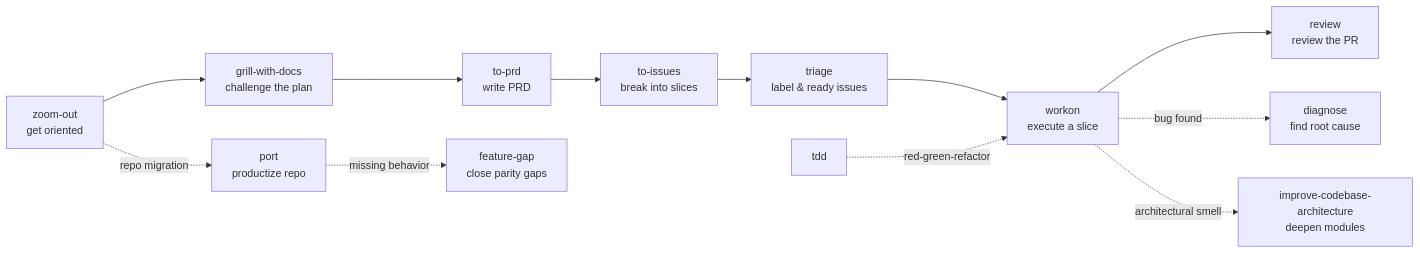
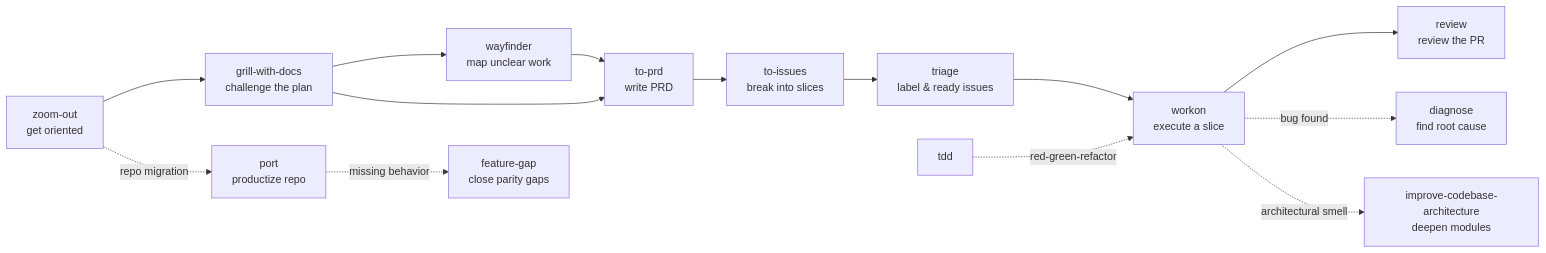
The diagram in skills/engineering/README.md (smeltery/skills), drawn with Mermaid before and after one commit. The commit also changed other lines of this file and 8 other files, not shown here.

````diff
--- a/skills/engineering/README.md
+++ b/skills/engineering/README.md
@@ -30,14 +31,16 @@
 ```mermaid
 flowchart LR
   ZO[zoom-out<br/>get oriented] --> GWD[grill-with-docs<br/>challenge the plan]
-  GWD --> PRD[to-prd<br/>write PRD]
+  GWD --> WF[wayfinder<br/>map unclear work]
+  WF --> PRD[to-prd<br/>write PRD]
+  GWD --> PRD
   PRD --> TI[to-issues<br/>break into slices]
   TI --> TRI[triage<br/>label & ready issues]
   TRI --> WO[workon<br/>execute a slice]
   WO --> RV[review<br/>review the PR]
   ZO -.repo migration.-> PORT[port<br/>productize repo]
   PORT -.missing behavior.-> FG[feature-gap<br/>close parity gaps]
   WO -.bug found.-> DIAG[diagnose<br/>find root cause]
   WO -.architectural smell.-> ARCH[improve-codebase-architecture<br/>deepen modules]
   TDD[tdd] -.red-green-refactor.-> WO
 ```
````
